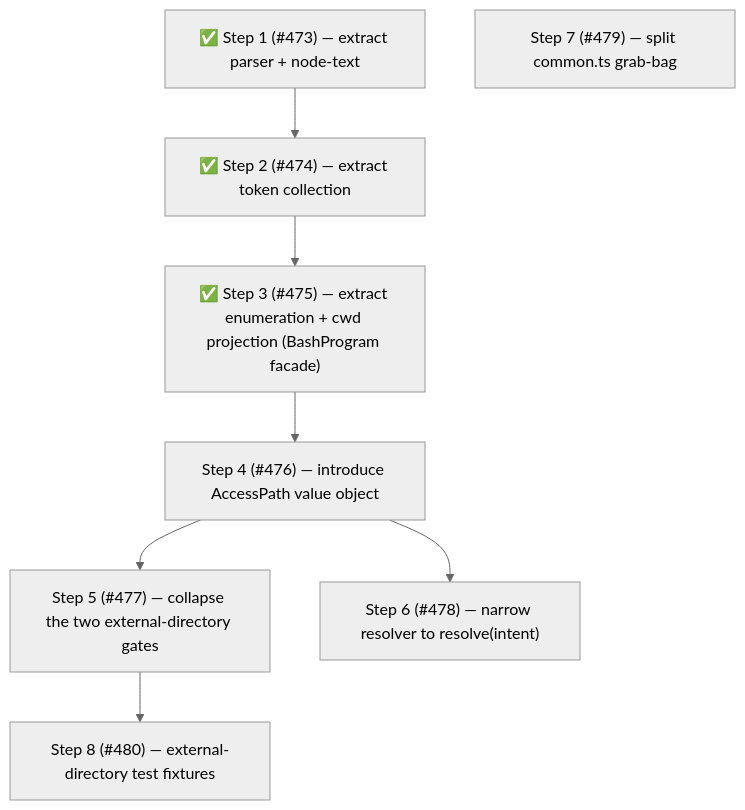
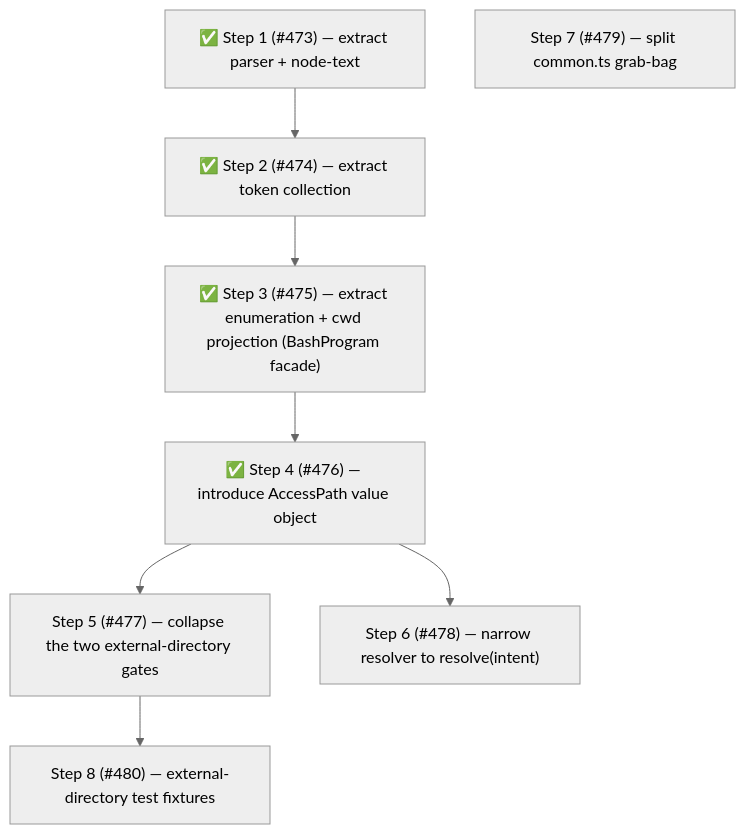
Before and after one commit to whaoa/forked-gotgenes-pi-packages: the fourth of 4 diagrams in packages/pi-permission-system/docs/architecture/architecture.md, drawn with Mermaid (neutral theme). The commit also changed other lines of this file, not shown here.

First line of the commit message:
docs(pi-permission-system): record AccessPath value object in Phase 6 architecture

````diff
--- a/packages/pi-permission-system/docs/architecture/architecture.md
+++ b/packages/pi-permission-system/docs/architecture/architecture.md
@@ -890,17 +891,17 @@
 ```mermaid
 flowchart TD
     S1["✅ Step 1 (#473) — extract parser + node-text"]
     S2["✅ Step 2 (#474) — extract token collection"]
     S3["✅ Step 3 (#475) — extract enumeration + cwd projection (BashProgram facade)"]
-    S4["Step 4 (#476) — introduce AccessPath value object"]
+    S4["✅ Step 4 (#476) — introduce AccessPath value object"]
     S5["Step 5 (#477) — collapse the two external-directory gates"]
     S6["Step 6 (#478) — narrow resolver to resolve(intent)"]
     S7["Step 7 (#479) — split common.ts grab-bag"]
     S8["Step 8 (#480) — external-directory test fixtures"]
 
     S1 --> S2 --> S3
     S3 --> S4
     S4 --> S5
     S4 --> S6
     S5 --> S8
 ```
````
